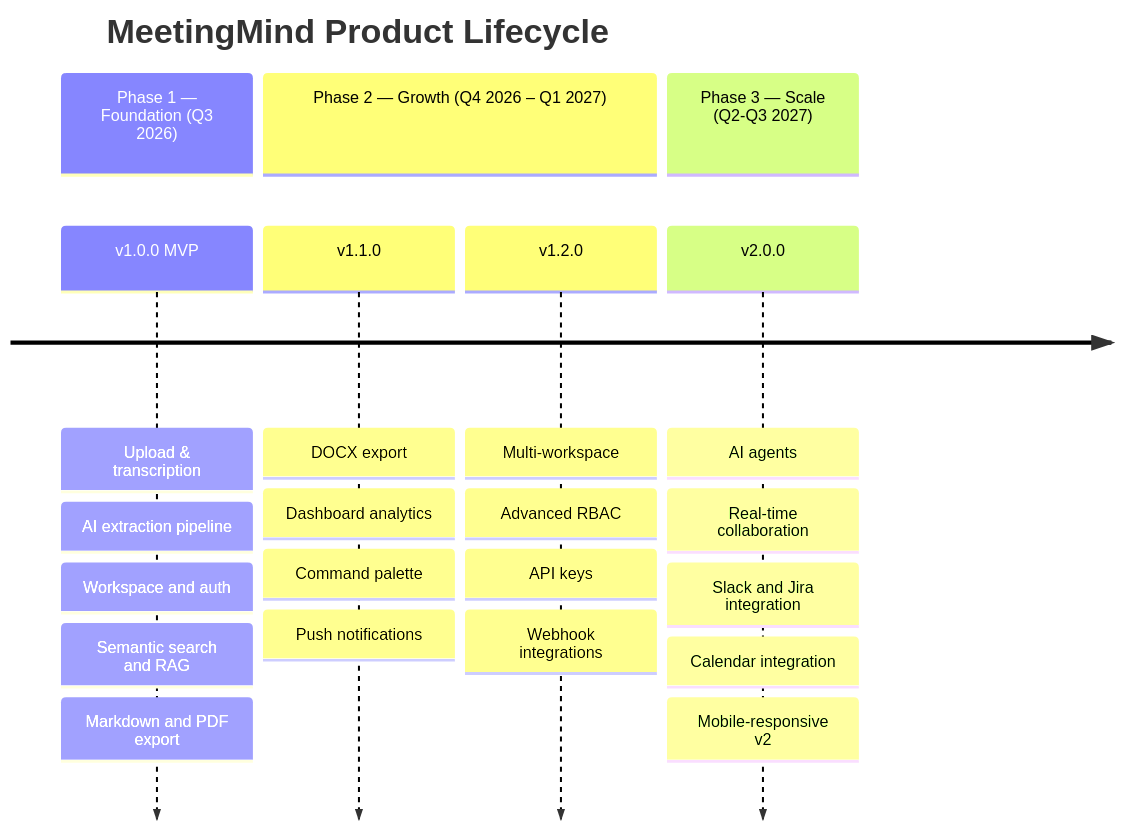
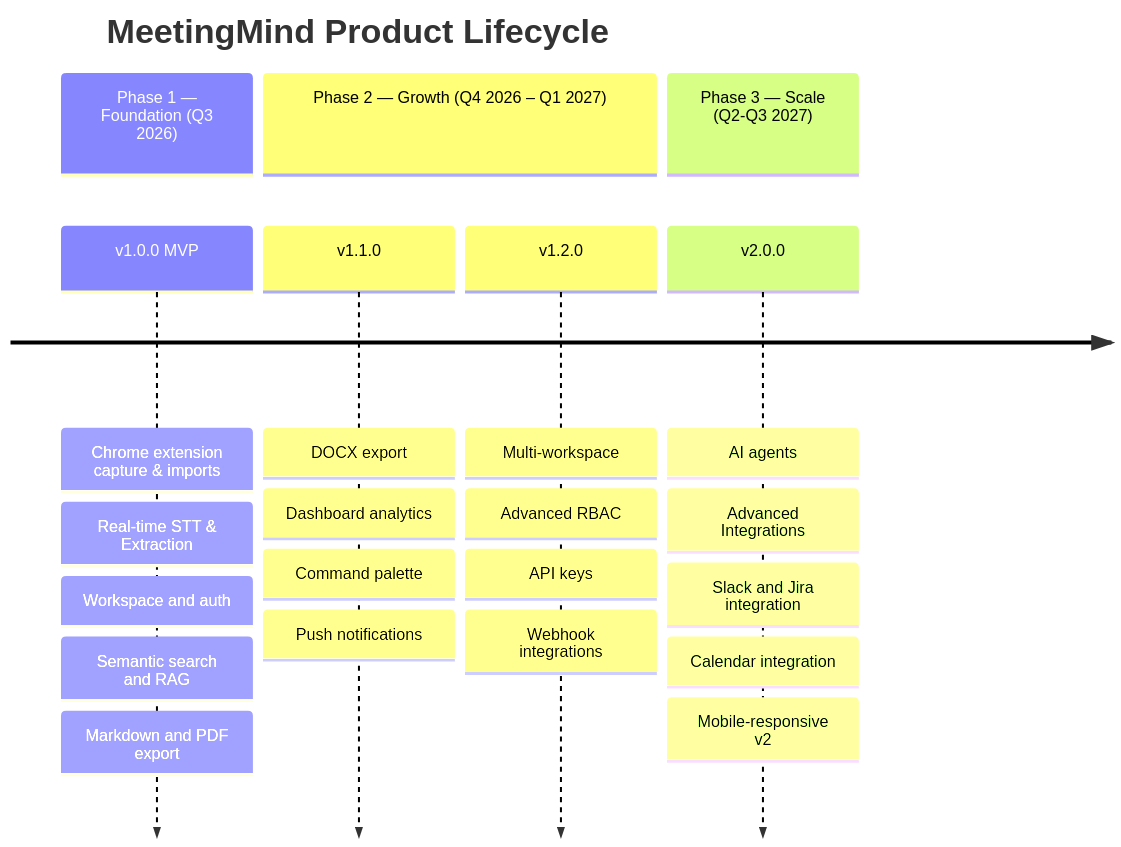
The third of 3 diagrams in 00-project/product-overview.md (rudrabhavsar7/MeetingMind), drawn with Mermaid before and after one commit. The commit also changed other lines of this file and 82 other files, not shown here.

````diff
--- a/00-project/product-overview.md
+++ b/00-project/product-overview.md
@@ -206,25 +218,25 @@
 ```mermaid
 timeline
   title MeetingMind Product Lifecycle
   section Phase 1 — Foundation (Q3 2026)
-    v1.0.0 MVP : Upload & transcription
-               : AI extraction pipeline
+    v1.0.0 MVP : Chrome extension capture & imports
+               : Real-time STT & Extraction
                : Workspace and auth
                : Semantic search and RAG
                : Markdown and PDF export
   section Phase 2 — Growth (Q4 2026 – Q1 2027)
     v1.1.0 : DOCX export
            : Dashboard analytics
            : Command palette
            : Push notifications
     v1.2.0 : Multi-workspace
            : Advanced RBAC
            : API keys
            : Webhook integrations
   section Phase 3 — Scale (Q2-Q3 2027)
     v2.0.0 : AI agents
-           : Real-time collaboration
+           : Advanced Integrations
            : Slack and Jira integration
            : Calendar integration
            : Mobile-responsive v2
 ```
````
